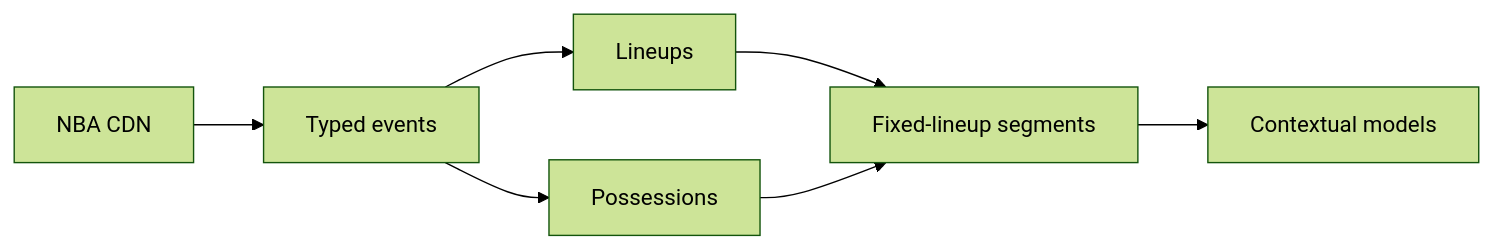
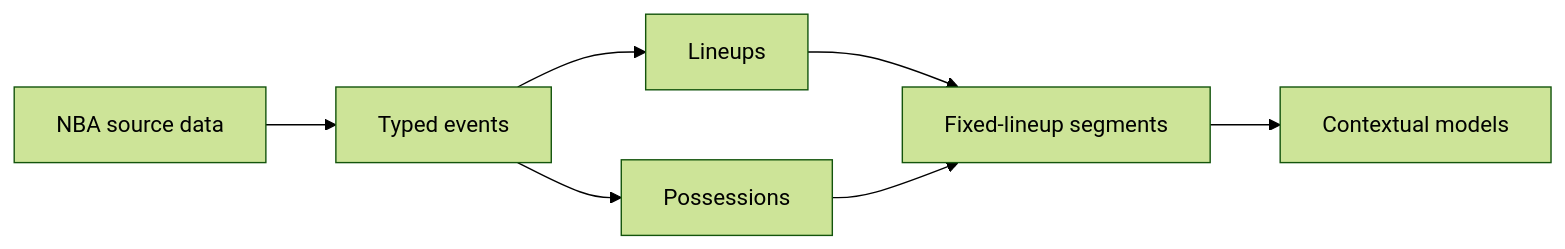
One commit to EvanZ/nba-lineup-model changed the diagram in docs/index.md. Above: the diagram before and after it, drawn with Mermaid (forest theme). The commit also changed other lines of this file and 16 other files, not shown here.

````diff
--- a/docs/index.md
+++ b/docs/index.md
@@ -26,9 +26,9 @@
 ```mermaid
 flowchart LR
-    RAW["NBA CDN"] --> EVT["Typed events"]
+    RAW["NBA source data"] --> EVT["Typed events"]
     EVT --> LUP["Lineups"]
     EVT --> POSS["Possessions"]
     LUP --> SEG["Fixed-lineup segments"]
     POSS --> SEG
     SEG --> MODEL["Contextual models"]
 ```
````
